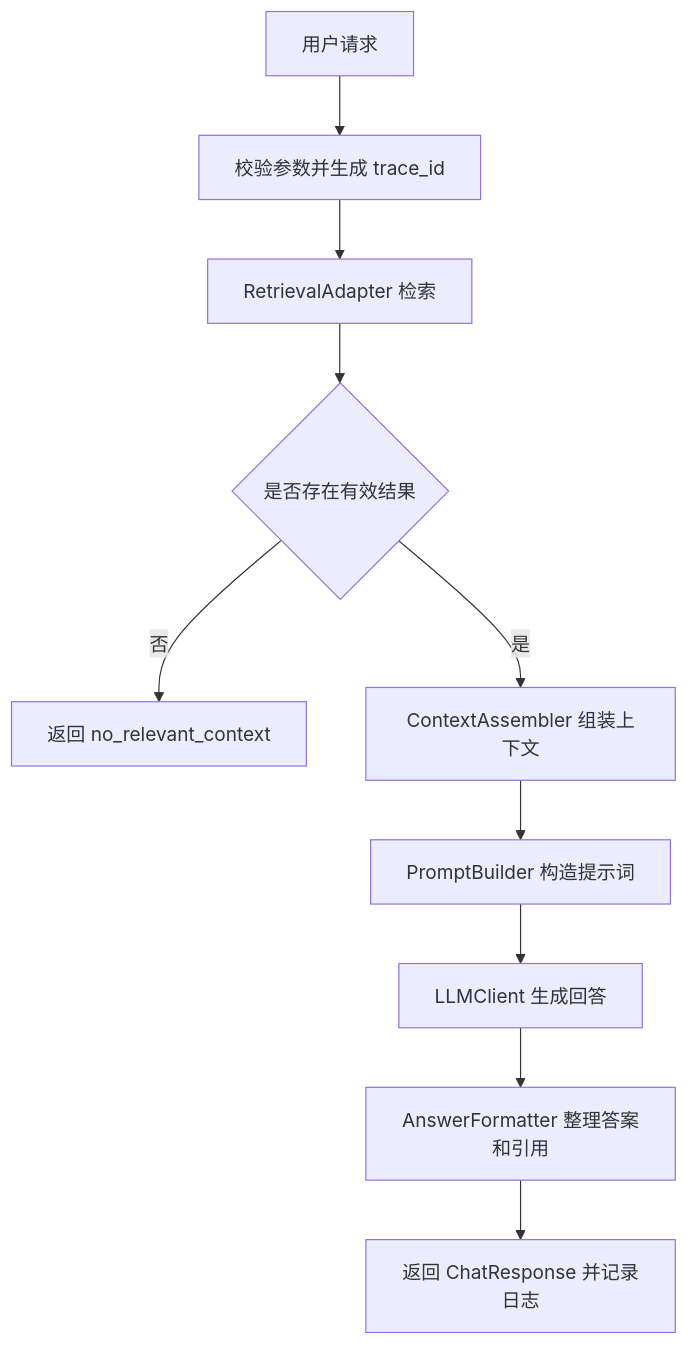
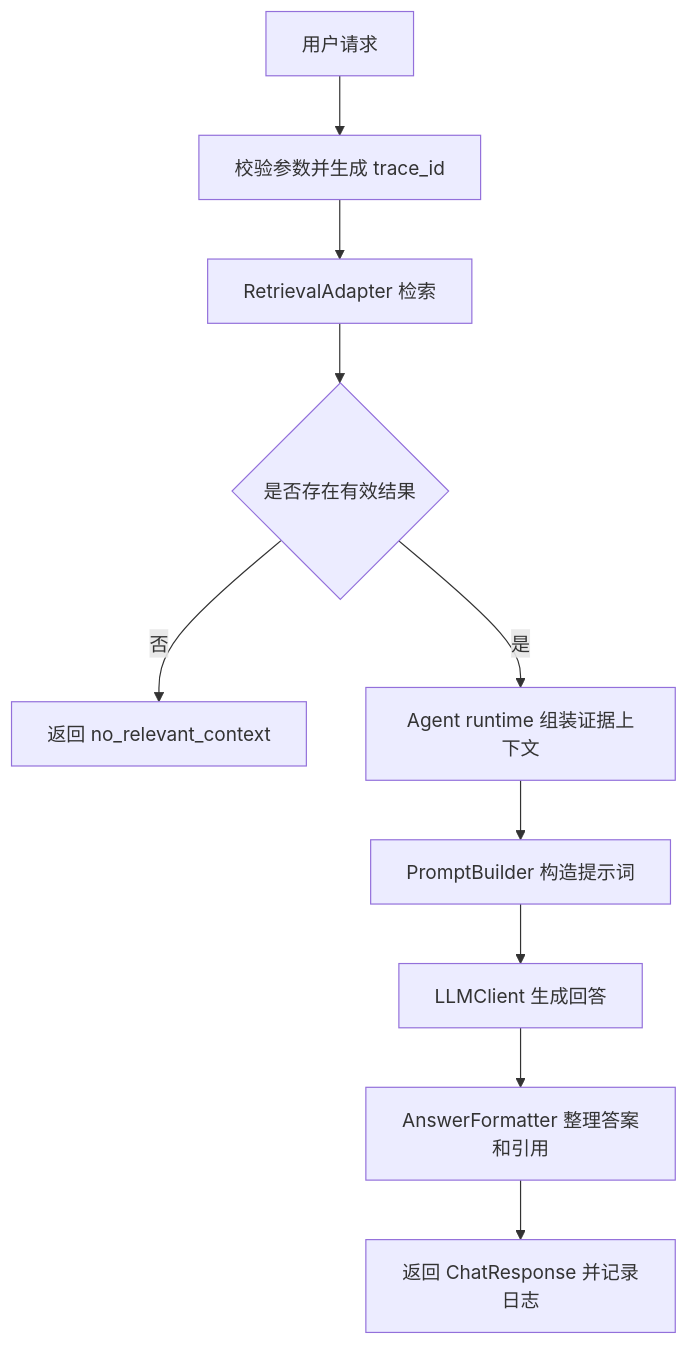
Before and after one commit to SCUT-Elite-Camp/AI-QA-Assistant: the first of 2 diagrams in agent/docs/cp1_cp2_architecture_overview.md, drawn with Mermaid. The commit also changed other lines of this file and 99 other files, not shown here.

````diff
--- a/agent/docs/cp1_cp2_architecture_overview.md
+++ b/agent/docs/cp1_cp2_architecture_overview.md
@@ -40,12 +40,12 @@
 ```mermaid
 flowchart TD
     A[用户请求] --> B[校验参数并生成 trace_id]
     B --> C[RetrievalAdapter 检索]
     C --> D{是否存在有效结果}
     D -- 否 --> E[返回 no_relevant_context]
-    D -- 是 --> F[ContextAssembler 组装上下文]
+    D -- 是 --> F[Agent runtime 组装证据上下文]
     F --> G[PromptBuilder 构造提示词]
     G --> H[LLMClient 生成回答]
     H --> I[AnswerFormatter 整理答案和引用]
     I --> J[返回 ChatResponse 并记录日志]
 ```
````
